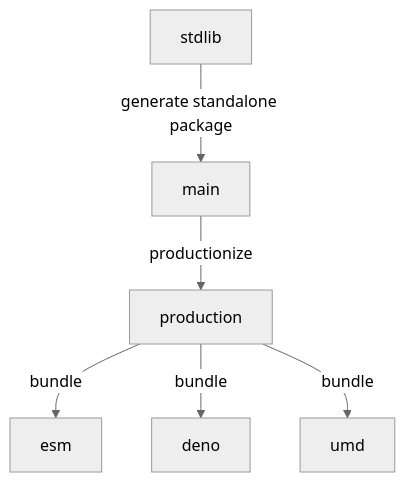
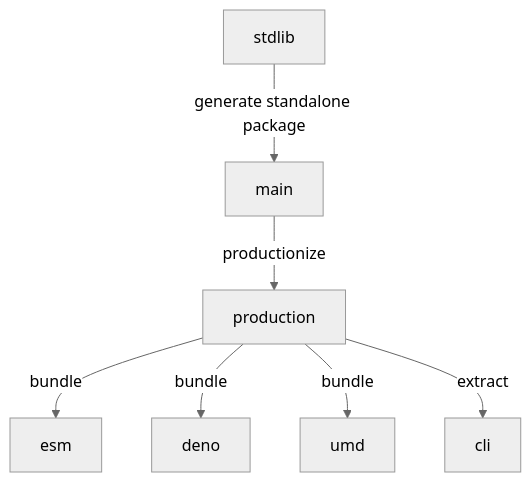
Before and after one commit to stdlib-js/time-ms2duration: the diagram in branches.md, drawn with Mermaid (neutral theme). The commit also changed other lines of this file and 8 other files, not shown here.

````diff
--- a/branches.md
+++ b/branches.md
@@ -33,15 +34,17 @@
 ```mermaid
 graph TD;
 A[stdlib]-->|generate standalone package|B;
 B[main] -->|productionize| C[production];
 C -->|bundle| D[esm];
 C -->|bundle| E[deno];
 C -->|bundle| F[umd];
+C -->|extract| G[cli];
 
-click A href "https://github.com/stdlib-js/stdlib/tree/develop/lib/node_modules/%40stdlib/time/ms2duration"
-click B href "https://github.com/stdlib-js/time-ms2duration/tree/main"
-click C href "https://github.com/stdlib-js/time-ms2duration/tree/production"
-click D href "https://github.com/stdlib-js/time-ms2duration/tree/esm"
-click E href "https://github.com/stdlib-js/time-ms2duration/tree/deno"
-click F href "https://github.com/stdlib-js/time-ms2duration/tree/umd"
+%% click A href "https://github.com/stdlib-js/stdlib/tree/develop/lib/node_modules/%40stdlib/time/ms2duration"
+%% click B href "https://github.com/stdlib-js/time-ms2duration/tree/main"
+%% click C href "https://github.com/stdlib-js/time-ms2duration/tree/production"
+%% click D href "https://github.com/stdlib-js/time-ms2duration/tree/esm"
+%% click E href "https://github.com/stdlib-js/time-ms2duration/tree/deno"
+%% click F href "https://github.com/stdlib-js/time-ms2duration/tree/umd"
+%% click G href "https://github.com/stdlib-js/time-ms2duration/tree/cli"
 ```
````
